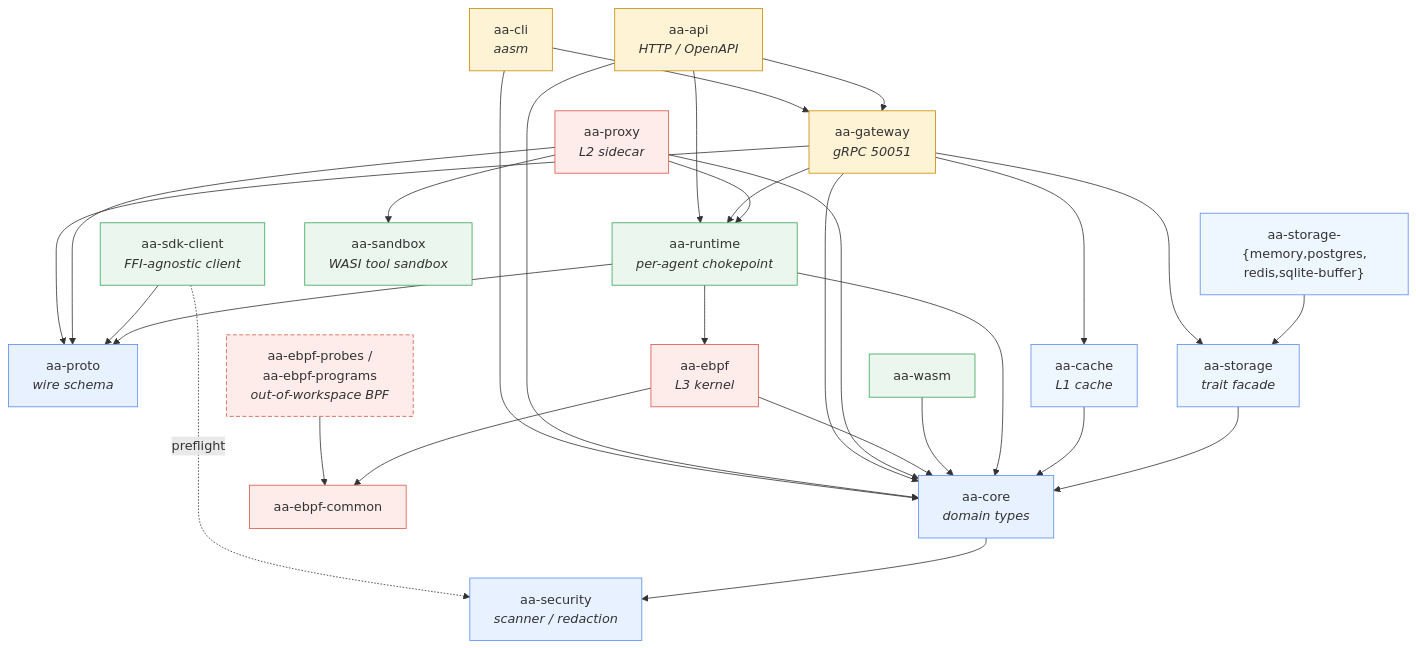
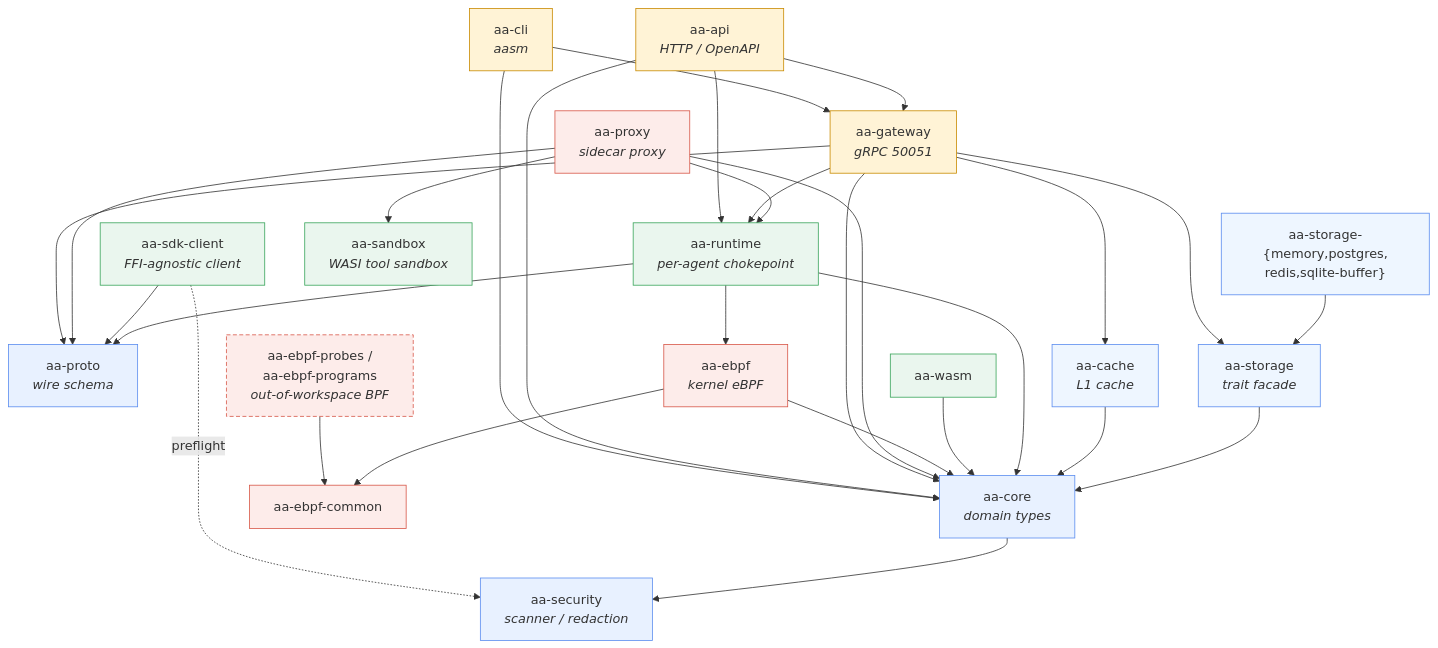
The first of 3 diagrams in docs/src/architecture/system-architecture.md (ai-agent-assembly/agent-assembly), drawn with Mermaid before and after one commit. The commit also changed other lines of this file and 1 other file, not shown here.

First line of the commit message:
📝 (docs): Re-term system-architecture.md's three-layer diagrams

````diff
--- a/docs/src/architecture/system-architecture.md
+++ b/docs/src/architecture/system-architecture.md
@@ -61,66 +63,66 @@
 ```mermaid
 graph TD
     classDef foundation fill:#e8f1ff,stroke:#5b8def
     classDef storage fill:#eef6ff,stroke:#5b8def
     classDef ebpf fill:#fdecea,stroke:#d75748
     classDef ffi fill:#eaf6ee,stroke:#3aa55b
     classDef control fill:#fff3d6,stroke:#c98a00
     classDef outOfWorkspace fill:#fdecea,stroke:#d75748,stroke-dasharray: 5 3
 
     %% Foundation
     aa_proto[aa-proto<br/><i>wire schema</i>]:::foundation
     aa_core[aa-core<br/><i>domain types</i>]:::foundation
     aa_security[aa-security<br/><i>scanner / redaction</i>]:::foundation
 
     %% Storage
     aa_storage[aa-storage<br/><i>trait facade</i>]:::storage
     aa_cache[aa-cache<br/><i>L1 cache</i>]:::storage
     storage_drivers["aa-storage-{memory,postgres,<br/>redis,sqlite-buffer}"]:::storage
 
-    %% Interception / runtime
+    %% Enforcement mechanisms / runtime
     aa_runtime[aa-runtime<br/><i>per-agent chokepoint</i>]:::ffi
     aa_sdk_client[aa-sdk-client<br/><i>FFI-agnostic client</i>]:::ffi
     aa_wasm[aa-wasm]:::ffi
     aa_sandbox[aa-sandbox<br/><i>WASI tool sandbox</i>]:::ffi
-    aa_proxy[aa-proxy<br/><i>L2 sidecar</i>]:::ebpf
-    aa_ebpf[aa-ebpf<br/><i>L3 kernel</i>]:::ebpf
+    aa_proxy[aa-proxy<br/><i>sidecar proxy</i>]:::ebpf
+    aa_ebpf[aa-ebpf<br/><i>kernel eBPF</i>]:::ebpf
     aa_ebpf_common[aa-ebpf-common]:::ebpf
     aa_probes["aa-ebpf-probes /<br/>aa-ebpf-programs<br/><i>out-of-workspace BPF</i>"]:::outOfWorkspace
 
     %% Control plane
     aa_gateway[aa-gateway<br/><i>gRPC 50051</i>]:::control
     aa_api[aa-api<br/><i>HTTP / OpenAPI</i>]:::control
     aa_cli[aa-cli<br/><i>aasm</i>]:::control
 
     aa_core --> aa_security
     aa_storage --> aa_core
     aa_cache --> aa_core
     storage_drivers --> aa_storage
 
     aa_runtime --> aa_core
     aa_runtime --> aa_proto
     aa_runtime --> aa_ebpf
     aa_sdk_client --> aa_proto
     aa_sdk_client -. preflight .-> aa_security
     aa_wasm --> aa_core
 
     aa_ebpf --> aa_core
     aa_ebpf --> aa_ebpf_common
     aa_probes --> aa_ebpf_common
 
     aa_proxy --> aa_core
     aa_proxy --> aa_proto
     aa_proxy --> aa_runtime
     aa_proxy --> aa_sandbox
 
     aa_gateway --> aa_core
     aa_gateway --> aa_proto
     aa_gateway --> aa_runtime
     aa_gateway --> aa_storage
     aa_gateway --> aa_cache
     aa_api --> aa_core
     aa_api --> aa_gateway
     aa_api --> aa_runtime
     aa_cli --> aa_core
     aa_cli --> aa_gateway
 ```
````
